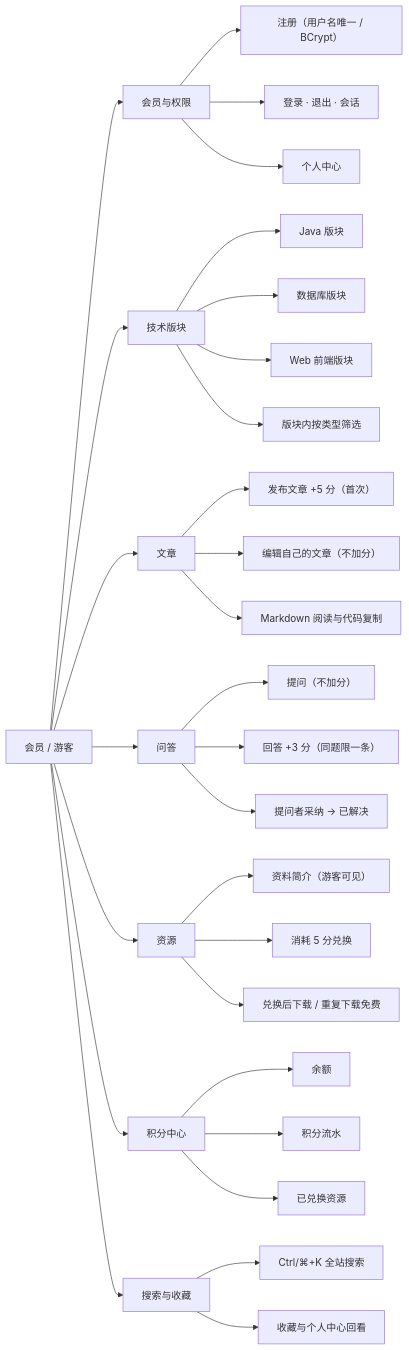
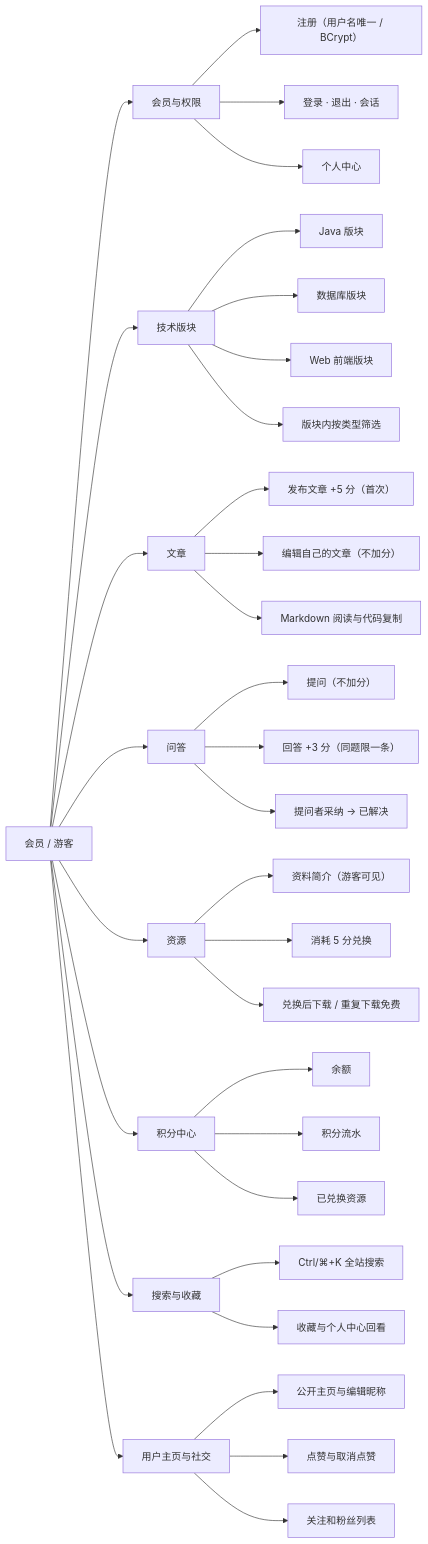
Before and after one commit to O2xxxxx/it-study-hub: the second of 3 diagrams in docs/course-design.md, drawn with Mermaid. The commit also changed other lines of this file and 117 other files, not shown here.

````diff
--- a/docs/course-design.md
+++ b/docs/course-design.md
@@ -95,38 +95,43 @@
 ```mermaid
 flowchart LR
     U["会员 / 游客"] --> M1["会员与权限"]
     U --> M2["技术版块"]
     U --> M3["文章"]
     U --> M4["问答"]
     U --> M5["资源"]
     U --> M6["积分中心"]
     U --> M7["搜索与收藏"]
+    U --> M8["用户主页与社交"]
 
     M1 --> M1a["注册（用户名唯一 / BCrypt）"]
     M1 --> M1b["登录 · 退出 · 会话"]
     M1 --> M1c["个人中心"]
 
     M2 --> M2a["Java 版块"]
     M2 --> M2b["数据库版块"]
     M2 --> M2c["Web 前端版块"]
     M2 --> M2d["版块内按类型筛选"]
 
     M3 --> M3a["发布文章 +5 分（首次）"]
     M3 --> M3b["编辑自己的文章（不加分）"]
     M3 --> M3c["Markdown 阅读与代码复制"]
 
     M4 --> M4a["提问（不加分）"]
     M4 --> M4b["回答 +3 分（同题限一条）"]
     M4 --> M4c["提问者采纳 → 已解决"]
 
     M5 --> M5a["资料简介（游客可见）"]
     M5 --> M5b["消耗 5 分兑换"]
     M5 --> M5c["兑换后下载 / 重复下载免费"]
 
     M6 --> M6a["余额"]
     M6 --> M6b["积分流水"]
     M6 --> M6c["已兑换资源"]
 
     M7 --> M7a["Ctrl/⌘+K 全站搜索"]
     M7 --> M7b["收藏与个人中心回看"]
+
+    M8 --> M8a["公开主页与编辑昵称"]
+    M8 --> M8b["点赞与取消点赞"]
+    M8 --> M8c["关注和粉丝列表"]
 ```
````
